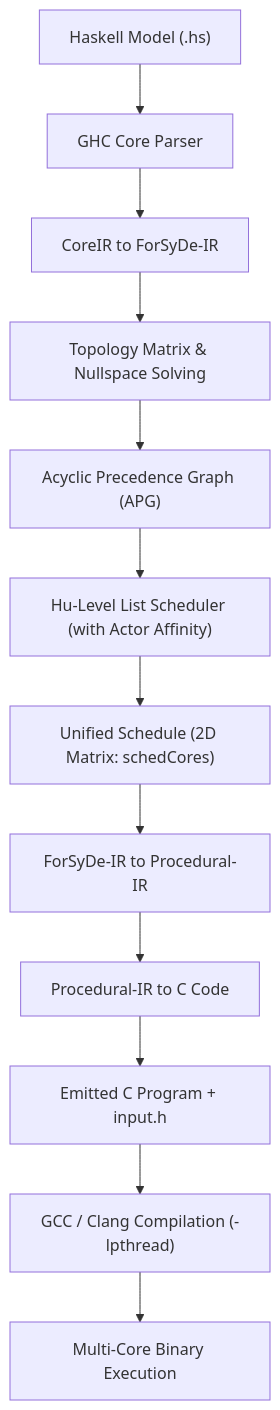
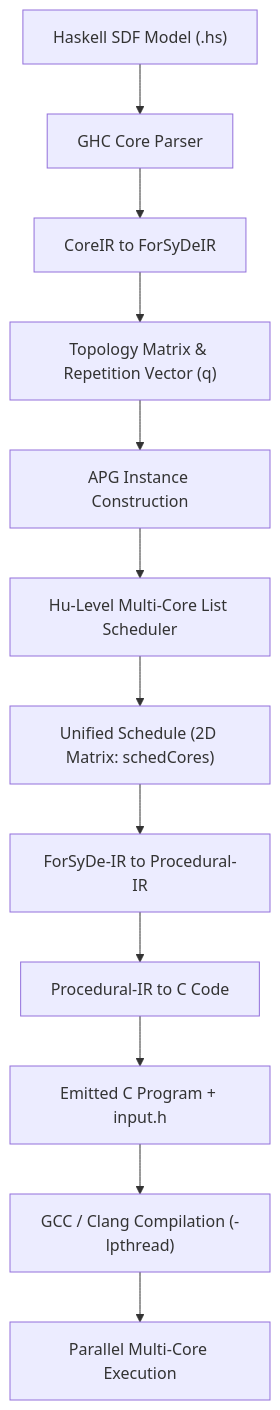
Before and after one commit to Lexicoo123dd/forsyde-devtools-extended: the second of 2 diagrams in docs/multicore-extension.md, drawn with Mermaid. The commit also changed other lines of this file, not shown here.

````diff
--- a/docs/multicore-extension.md
+++ b/docs/multicore-extension.md
@@ -139,14 +148,14 @@
 ```mermaid
 flowchart TD
-    A["Haskell Model (.hs)"] --> B["GHC Core Parser"]
-    B --> C["CoreIR to ForSyDe-IR"]
-    C --> D["Topology Matrix & Nullspace Solving"]
-    D --> E["Acyclic Precedence Graph (APG)"]
-    E --> F["Hu-Level List Scheduler (with Actor Affinity)"]
+    A["Haskell SDF Model (.hs)"] --> B["GHC Core Parser"]
+    B --> C["CoreIR to ForSyDeIR"]
+    C --> D["Topology Matrix & Repetition Vector (q)"]
+    D --> E["APG Instance Construction"]
+    E --> F["Hu-Level Multi-Core List Scheduler"]
     F --> G["Unified Schedule (2D Matrix: schedCores)"]
     G --> H["ForSyDe-IR to Procedural-IR"]
     H --> I["Procedural-IR to C Code"]
     I --> J["Emitted C Program + input.h"]
     J --> K["GCC / Clang Compilation (-lpthread)"]
-    K --> L["Multi-Core Binary Execution"]
+    K --> L["Parallel Multi-Core Execution"]
 ```
````
